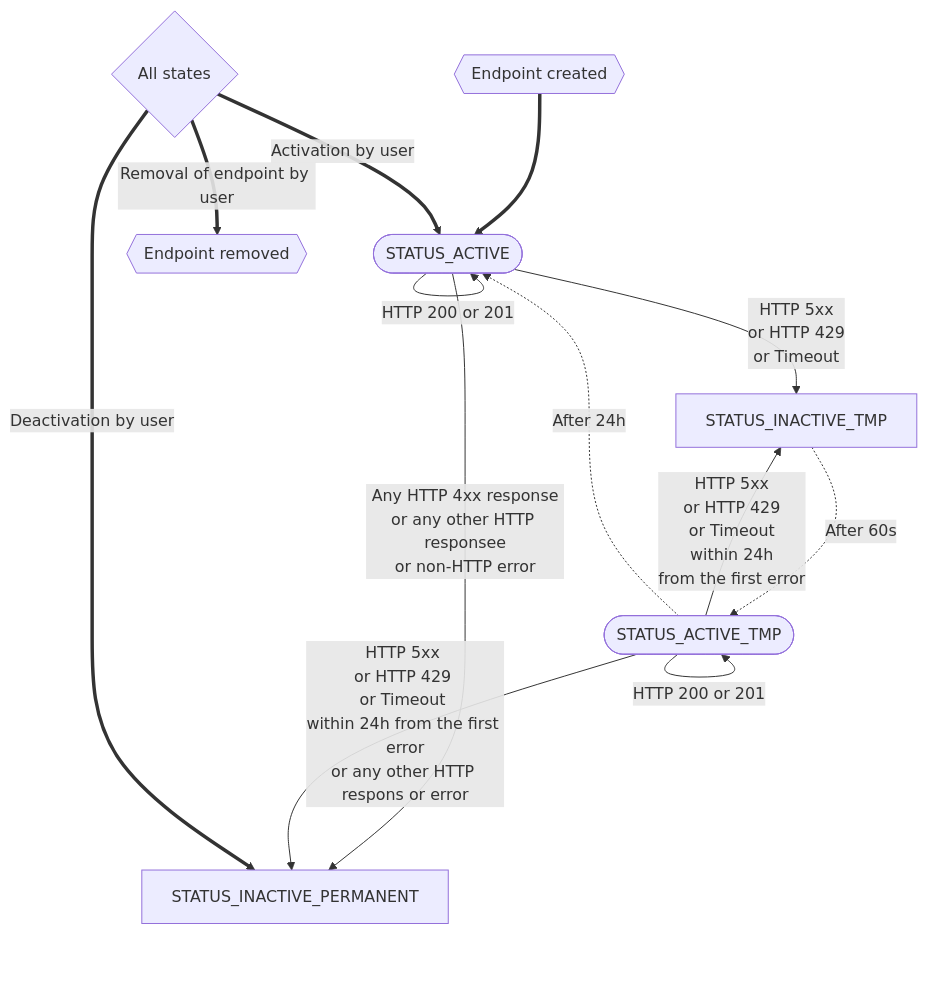
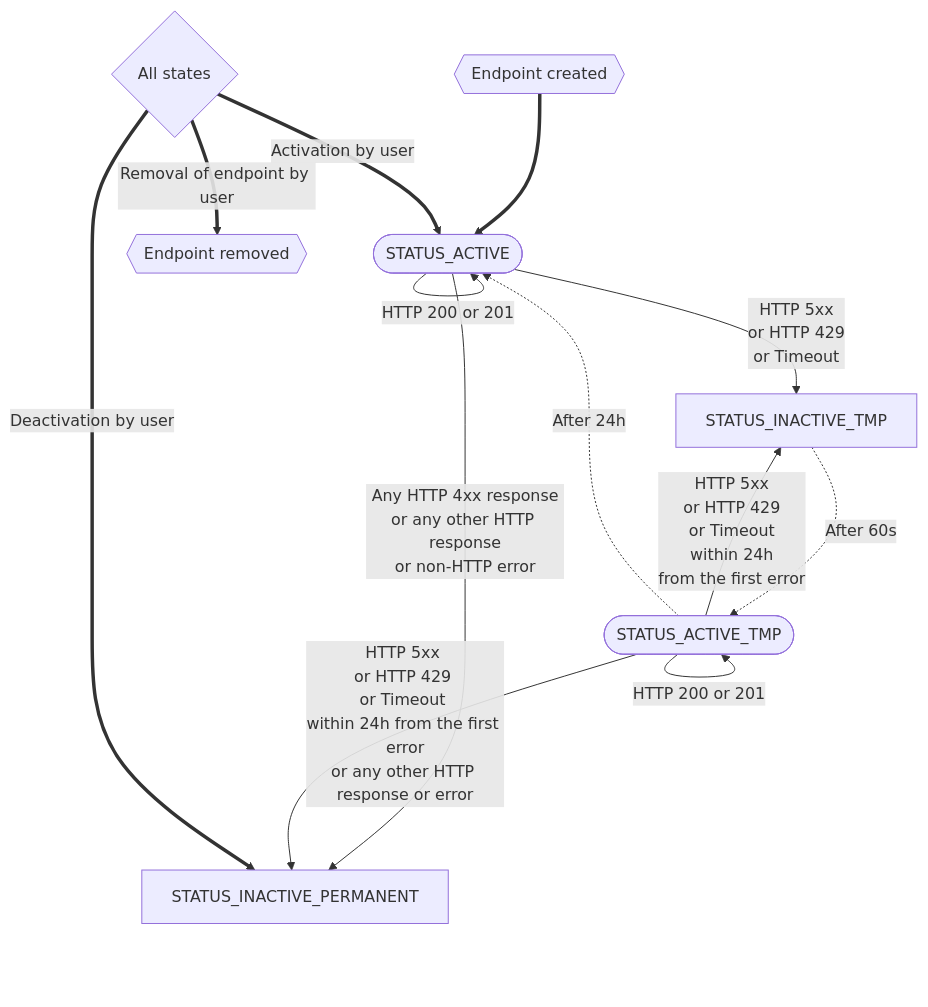
One commit to DefectDojo/django-DefectDojo changed the diagram in docs/content/en/integrations/notification_webhooks/_index.md. Above: the diagram before and after it, drawn with Mermaid. The commit also changed other lines of this file and 3 other files, not shown here.

````diff
--- a/docs/content/en/integrations/notification_webhooks/_index.md
+++ b/docs/content/en/integrations/notification_webhooks/_index.md
@@ -10,24 +14,24 @@
 ```mermaid
 flowchart TD
 
     START{{Endpoint created}}
     ALL{All states}
     STATUS_ACTIVE([STATUS_ACTIVE])
     STATUS_INACTIVE_TMP
     STATUS_INACTIVE_PERMANENT
     STATUS_ACTIVE_TMP([STATUS_ACTIVE_TMP])
     END{{Endpoint removed}}
 
     START ==> STATUS_ACTIVE
     STATUS_ACTIVE --HTTP 200 or 201 --> STATUS_ACTIVE
     STATUS_ACTIVE --HTTP 5xx <br>or HTTP 429 <br>or Timeout--> STATUS_INACTIVE_TMP
-    STATUS_ACTIVE --Any HTTP 4xx response<br>or any other HTTP responsee<br>or non-HTTP error--> STATUS_INACTIVE_PERMANENT
+    STATUS_ACTIVE --Any HTTP 4xx response<br>or any other HTTP response<br>or non-HTTP error--> STATUS_INACTIVE_PERMANENT
     STATUS_INACTIVE_TMP -.After 60s.-> STATUS_ACTIVE_TMP
     STATUS_ACTIVE_TMP --HTTP 5xx <br>or HTTP 429 <br>or Timeout <br>within 24h<br>from the first error-->STATUS_INACTIVE_TMP
     STATUS_ACTIVE_TMP -.After 24h.-> STATUS_ACTIVE
     STATUS_ACTIVE_TMP --HTTP 200 or 201 --> STATUS_ACTIVE_TMP
-    STATUS_ACTIVE_TMP --HTTP 5xx <br>or HTTP 429 <br>or Timeout <br>within 24h from the first error<br>or any other HTTP respons or error--> STATUS_INACTIVE_PERMANENT
+    STATUS_ACTIVE_TMP --HTTP 5xx <br>or HTTP 429 <br>or Timeout <br>within 24h from the first error<br>or any other HTTP response or error--> STATUS_INACTIVE_PERMANENT
     ALL ==Activation by user==> STATUS_ACTIVE
     ALL ==Deactivation by user==> STATUS_INACTIVE_PERMANENT
     ALL ==Removal of endpoint by user==> END
 ```
````
